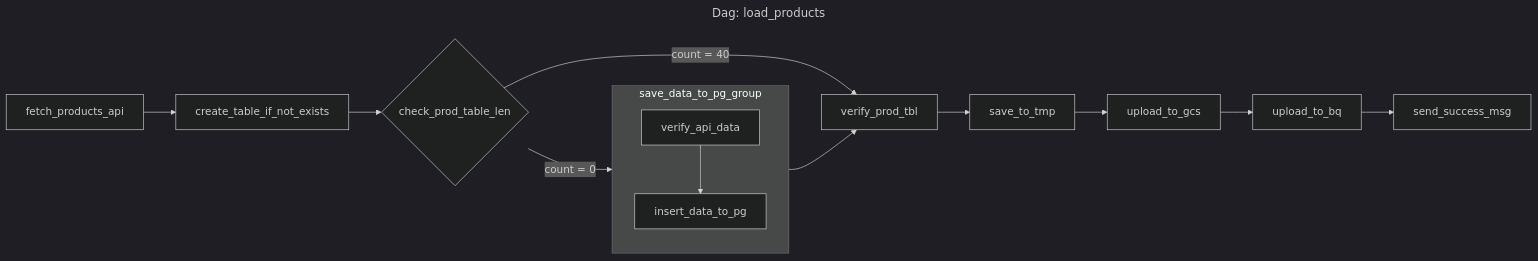
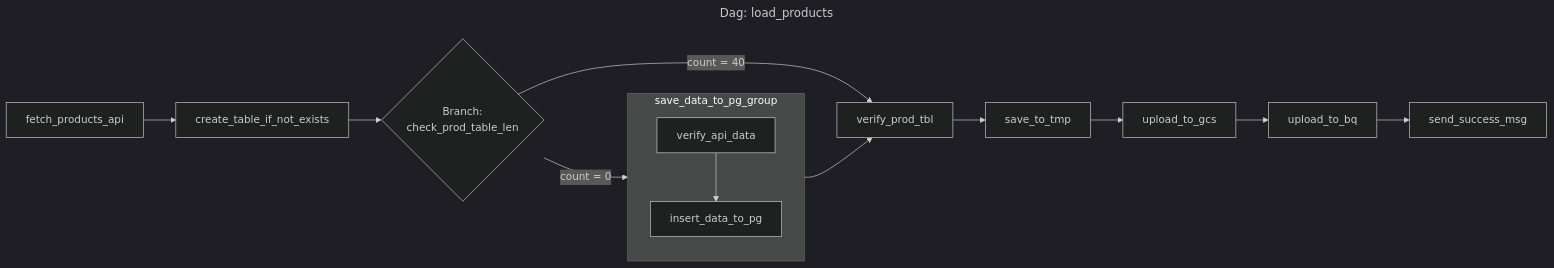
The second of 5 diagrams in airflow/README.md (candychen00/faker-ecom-project__airflow_dbt), drawn with Mermaid (dark theme) before and after one commit. The commit also changed other lines of this file, not shown here.

````diff
--- a/airflow/README.md
+++ b/airflow/README.md
@@ -105,18 +105,18 @@
 ```mermaid
 ---
 title: "Dag: load_products"
 ---
 flowchart LR
     A[fetch_products_api] --> B[create_table_if_not_exists]
-    B --> C{check_prod_table_len}
+    B --> C{Branch: <br>check_prod_table_len}
     C -- "count = 0" --> G
     subgraph G[save_data_to_pg_group]
         G1[verify_api_data] --> G2[insert_data_to_pg]
     end
     C -- "count = 40" --> D
     G --> D[verify_prod_tbl]
     D --> E[save_to_tmp]
     E --> F[upload_to_gcs]
     F --> H[upload_to_bq]
     H --> I[send_success_msg]
 ```
````
